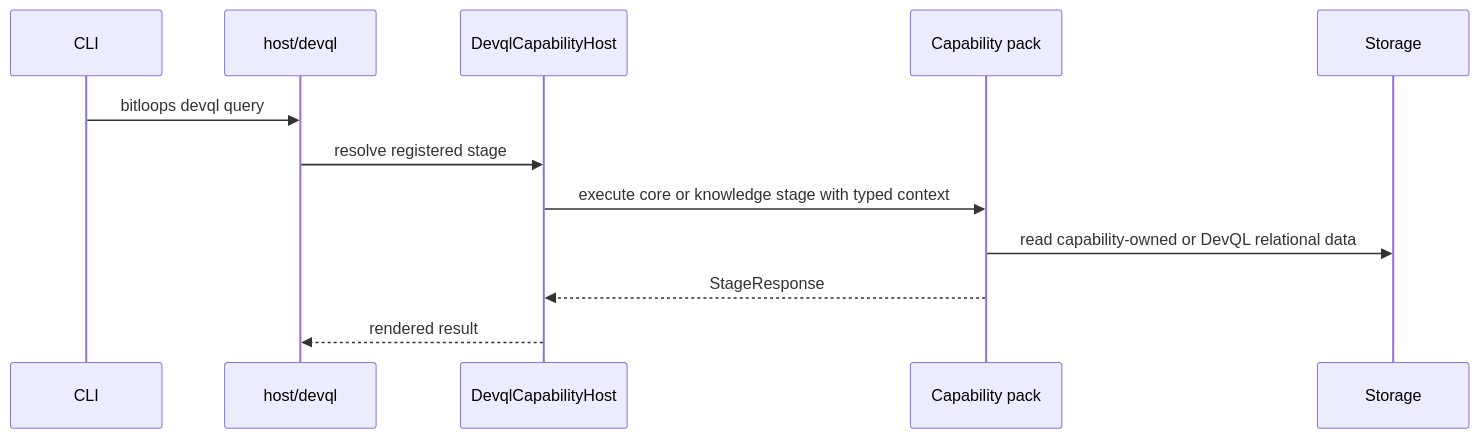
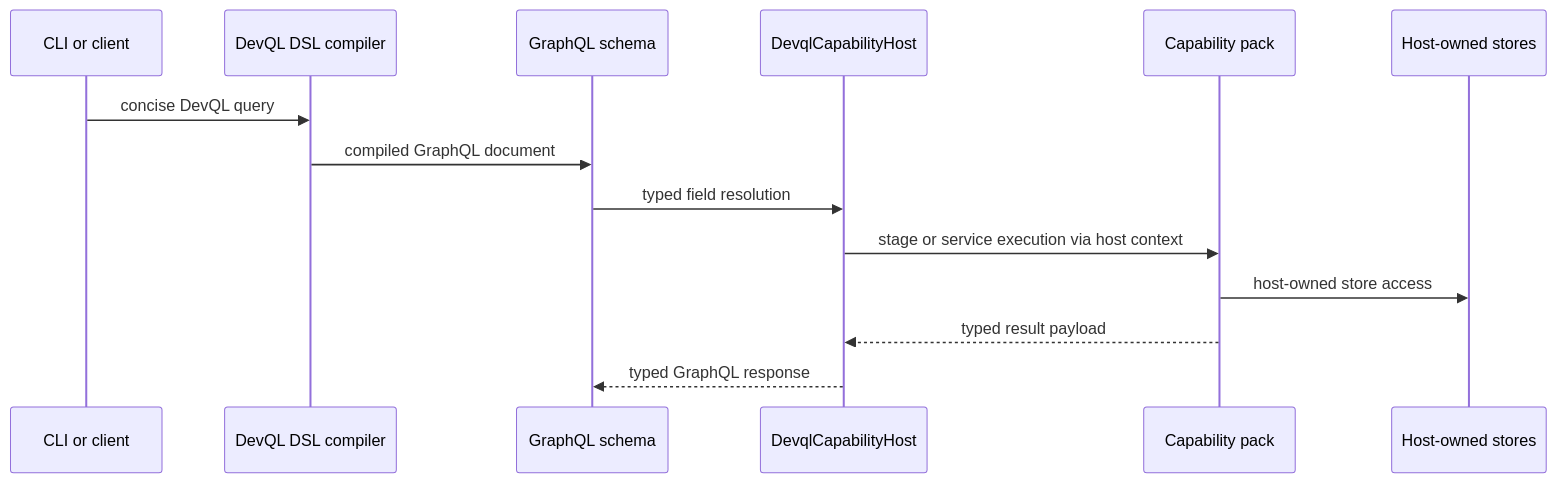
One commit to bitloops/bitloops changed the second of 3 diagrams in docs/layered-extension-architecture.md. Above: the diagram before and after it, drawn with Mermaid. The commit also changed other lines of this file and 55 other files, not shown here.

First line of the commit message:
Enhance test harness capabilities and update GraphQL schema

````diff
--- a/docs/layered-extension-architecture.md
+++ b/docs/layered-extension-architecture.md
@@ -182,15 +168,17 @@
 ```mermaid
 sequenceDiagram
-    participant CLI as CLI
-    participant DevQL as host/devql
-    participant CapHost as DevqlCapabilityHost
+    participant CLI as CLI or client
+    participant DSL as DevQL DSL compiler
+    participant GQL as GraphQL schema
+    participant Host as DevqlCapabilityHost
     participant Pack as Capability pack
-    participant Store as Storage
+    participant Store as Host-owned stores
 
-    CLI->>DevQL: bitloops devql query
-    DevQL->>CapHost: resolve registered stage
-    CapHost->>Pack: execute core or knowledge stage with typed context
-    Pack->>Store: read capability-owned or DevQL relational data
-    Pack-->>CapHost: StageResponse
-    CapHost-->>DevQL: rendered result
+    CLI->>DSL: concise DevQL query
+    DSL->>GQL: compiled GraphQL document
+    GQL->>Host: typed field resolution
+    Host->>Pack: stage or service execution via host context
+    Pack->>Store: host-owned store access
+    Pack-->>Host: typed result payload
+    Host-->>GQL: typed GraphQL response
 ```
````
